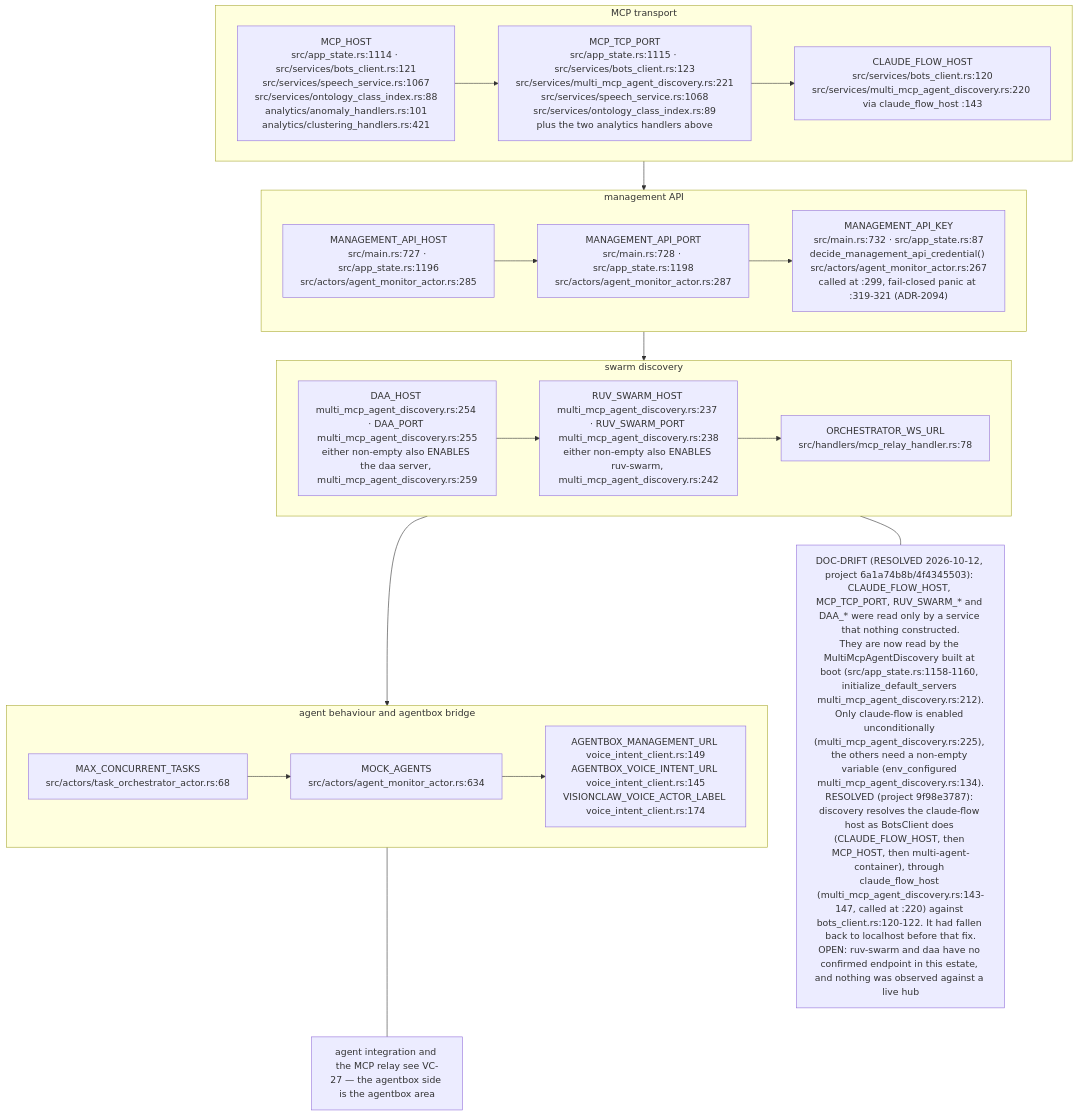
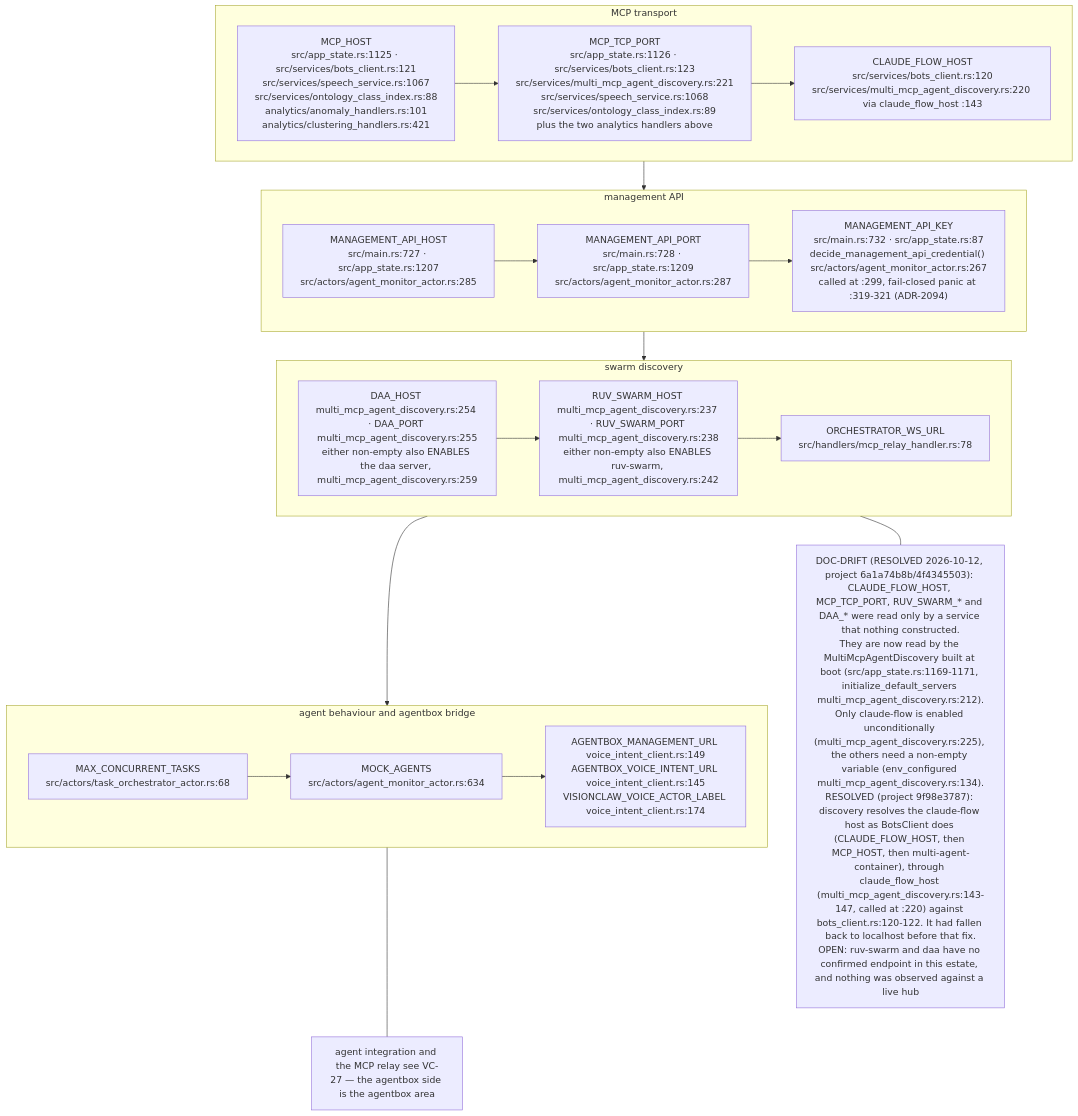
Before and after one commit to DreamLab-AI/VisionFlow: diagram 12 of 16 in docs/diagrams/visionclaw/09-config-and-env-flags.md, drawn with Mermaid. The commit also changed other lines of this file and 81 other files, not shown here.

First line of the commit message:
docs(diagrams): roll VisionClaw topics to main 010e1109b (PR 37 and 38 merged); fix remaining prose citations

````diff
--- a/docs/diagrams/visionclaw/09-config-and-env-flags.md
+++ b/docs/diagrams/visionclaw/09-config-and-env-flags.md
@@ -493,20 +493,20 @@
 ```mermaid
 flowchart TB
     subgraph MCP["MCP transport"]
-        M1["MCP_HOST<br/>src/app_state.rs:1114 · src/services/bots_client.rs:121<br/>src/services/speech_service.rs:1067<br/>src/services/ontology_class_index.rs:88<br/>analytics/anomaly_handlers.rs:101<br/>analytics/clustering_handlers.rs:421"] --> M2["MCP_TCP_PORT<br/>src/app_state.rs:1115 · src/services/bots_client.rs:123<br/>src/services/multi_mcp_agent_discovery.rs:221<br/>src/services/speech_service.rs:1068<br/>src/services/ontology_class_index.rs:89<br/>plus the two analytics handlers above"] --> M3["CLAUDE_FLOW_HOST<br/>src/services/bots_client.rs:120<br/>src/services/multi_mcp_agent_discovery.rs:220 via claude_flow_host :143"]
+        M1["MCP_HOST<br/>src/app_state.rs:1125 · src/services/bots_client.rs:121<br/>src/services/speech_service.rs:1067<br/>src/services/ontology_class_index.rs:88<br/>analytics/anomaly_handlers.rs:101<br/>analytics/clustering_handlers.rs:421"] --> M2["MCP_TCP_PORT<br/>src/app_state.rs:1126 · src/services/bots_client.rs:123<br/>src/services/multi_mcp_agent_discovery.rs:221<br/>src/services/speech_service.rs:1068<br/>src/services/ontology_class_index.rs:89<br/>plus the two analytics handlers above"] --> M3["CLAUDE_FLOW_HOST<br/>src/services/bots_client.rs:120<br/>src/services/multi_mcp_agent_discovery.rs:220 via claude_flow_host :143"]
     end
     subgraph MGMT["management API"]
-        G1["MANAGEMENT_API_HOST<br/>src/main.rs:727 · src/app_state.rs:1196<br/>src/actors/agent_monitor_actor.rs:285"] --> G2["MANAGEMENT_API_PORT<br/>src/main.rs:728 · src/app_state.rs:1198<br/>src/actors/agent_monitor_actor.rs:287"] --> G3["MANAGEMENT_API_KEY<br/>src/main.rs:732 · src/app_state.rs:87<br/>decide_management_api_credential() src/actors/agent_monitor_actor.rs:267<br/>called at :299, fail-closed panic at :319-321 (ADR-2094)"]
+        G1["MANAGEMENT_API_HOST<br/>src/main.rs:727 · src/app_state.rs:1207<br/>src/actors/agent_monitor_actor.rs:285"] --> G2["MANAGEMENT_API_PORT<br/>src/main.rs:728 · src/app_state.rs:1209<br/>src/actors/agent_monitor_actor.rs:287"] --> G3["MANAGEMENT_API_KEY<br/>src/main.rs:732 · src/app_state.rs:87<br/>decide_management_api_credential() src/actors/agent_monitor_actor.rs:267<br/>called at :299, fail-closed panic at :319-321 (ADR-2094)"]
     end
     subgraph DISC["swarm discovery"]
         D1["DAA_HOST multi_mcp_agent_discovery.rs:254 · DAA_PORT multi_mcp_agent_discovery.rs:255<br/>either non-empty also ENABLES the daa server, multi_mcp_agent_discovery.rs:259"] --> D2["RUV_SWARM_HOST multi_mcp_agent_discovery.rs:237 · RUV_SWARM_PORT multi_mcp_agent_discovery.rs:238<br/>either non-empty also ENABLES ruv-swarm, multi_mcp_agent_discovery.rs:242"] --> D3["ORCHESTRATOR_WS_URL<br/>src/handlers/mcp_relay_handler.rs:78"]
     end
     subgraph AGENTS["agent behaviour and agentbox bridge"]
         A1["MAX_CONCURRENT_TASKS<br/>src/actors/task_orchestrator_actor.rs:68"] --> A2["MOCK_AGENTS<br/>src/actors/agent_monitor_actor.rs:634"] --> A3["AGENTBOX_MANAGEMENT_URL voice_intent_client.rs:149<br/>AGENTBOX_VOICE_INTENT_URL voice_intent_client.rs:145<br/>VISIONCLAW_VOICE_ACTOR_LABEL voice_intent_client.rs:174"]
     end
     MCP --> MGMT --> DISC --> AGENTS
-    NR["DOC-DRIFT (RESOLVED 2026-10-12, project 6a1a74b8b/4f4345503): CLAUDE_FLOW_HOST, MCP_TCP_PORT, RUV_SWARM_* and DAA_* were read only by a service that nothing constructed.<br/>They are now read by the MultiMcpAgentDiscovery built at boot (src/app_state.rs:1158-1160, initialize_default_servers multi_mcp_agent_discovery.rs:212).<br/>Only claude-flow is enabled unconditionally (multi_mcp_agent_discovery.rs:225), the others need a non-empty variable (env_configured multi_mcp_agent_discovery.rs:134).<br/>RESOLVED (project 9f98e3787): discovery resolves the claude-flow host as BotsClient does (CLAUDE_FLOW_HOST, then MCP_HOST, then multi-agent-container), through claude_flow_host (multi_mcp_agent_discovery.rs:143-147, called at :220) against bots_client.rs:120-122. It had fallen back to localhost before that fix.<br/>OPEN: ruv-swarm and daa have no confirmed endpoint in this estate, and nothing was observed against a live hub"]
+    NR["DOC-DRIFT (RESOLVED 2026-10-12, project 6a1a74b8b/4f4345503): CLAUDE_FLOW_HOST, MCP_TCP_PORT, RUV_SWARM_* and DAA_* were read only by a service that nothing constructed.<br/>They are now read by the MultiMcpAgentDiscovery built at boot (src/app_state.rs:1169-1171, initialize_default_servers multi_mcp_agent_discovery.rs:212).<br/>Only claude-flow is enabled unconditionally (multi_mcp_agent_discovery.rs:225), the others need a non-empty variable (env_configured multi_mcp_agent_discovery.rs:134).<br/>RESOLVED (project 9f98e3787): discovery resolves the claude-flow host as BotsClient does (CLAUDE_FLOW_HOST, then MCP_HOST, then multi-agent-container), through claude_flow_host (multi_mcp_agent_discovery.rs:143-147, called at :220) against bots_client.rs:120-122. It had fallen back to localhost before that fix.<br/>OPEN: ruv-swarm and daa have no confirmed endpoint in this estate, and nothing was observed against a live hub"]
     DISC --- NR
     N["agent integration and the MCP relay see VC-27 — the agentbox side is the agentbox area"]
     AGENTS --- N
 ```
````
